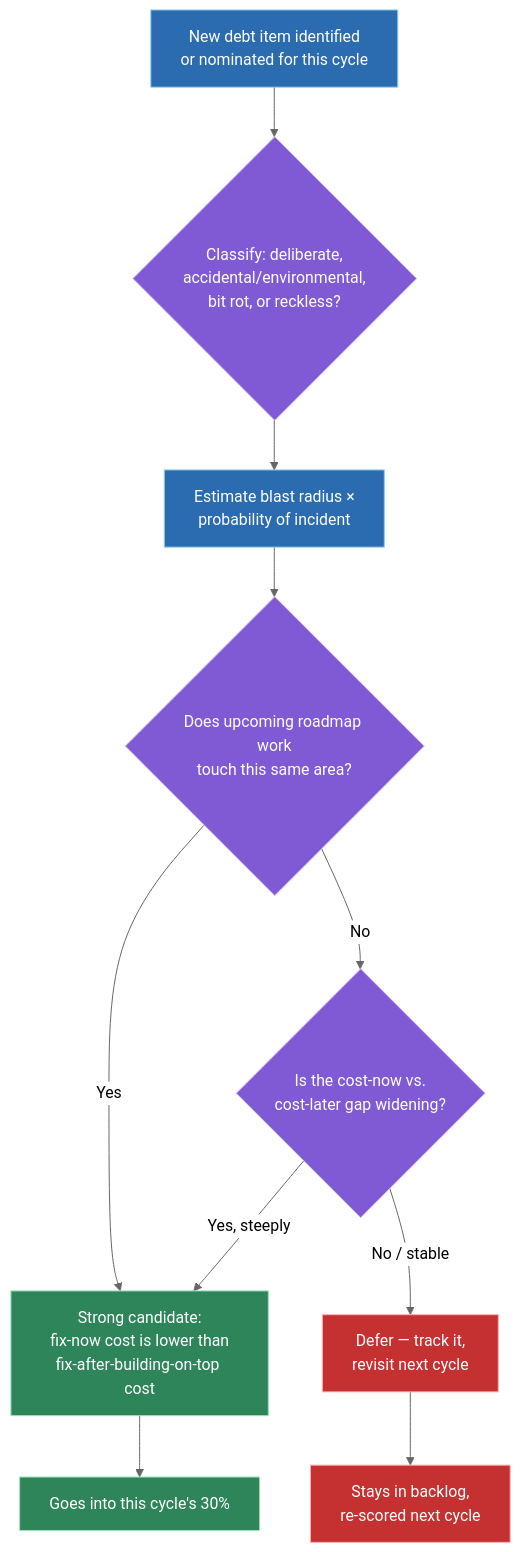
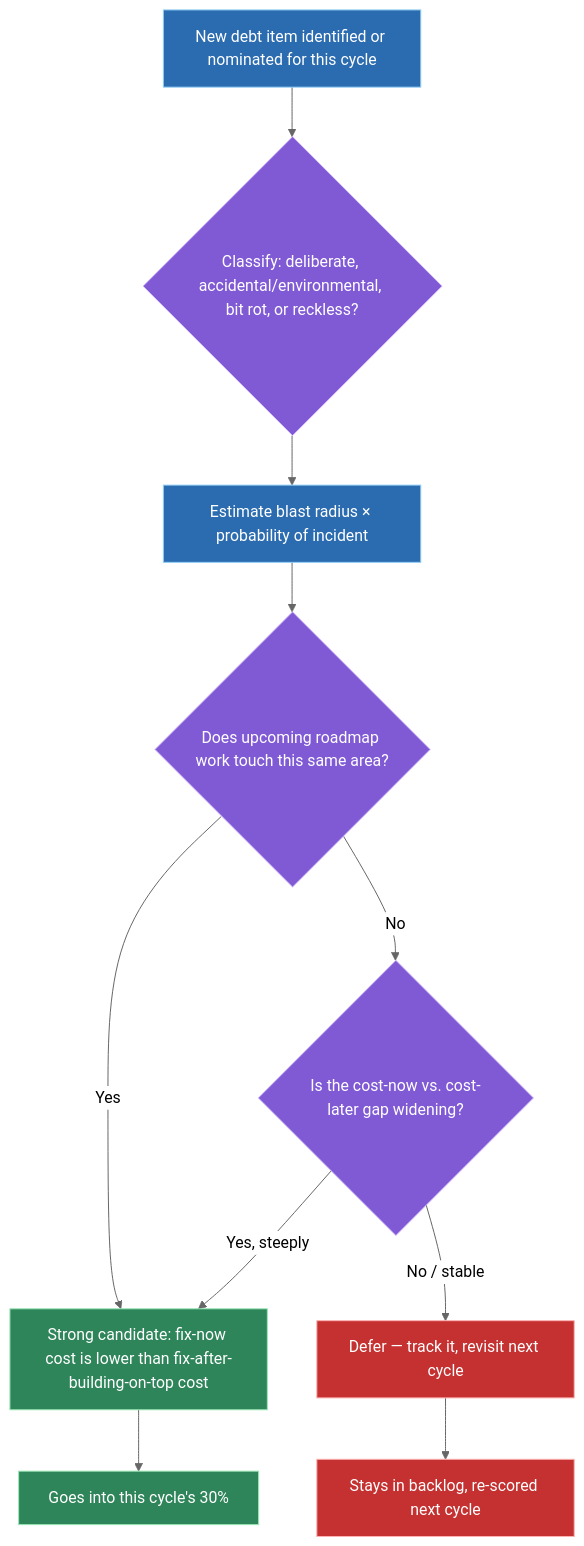
The first of 2 diagrams in data/topics/tech-debt-management.md (vinayakhumberi/litmus), drawn with Mermaid (neutral theme) before and after one commit. The commit also changed other lines of this file and 68 other files, not shown here.

````diff
--- a/data/topics/tech-debt-management.md
+++ b/data/topics/tech-debt-management.md
@@ -110,22 +110,22 @@
 ```mermaid
 graph TD
-    A["New debt item identified<br>or nominated for this cycle"] --> B{"Classify: deliberate,<br>accidental/environmental,<br>bit rot, or reckless?"}
-    B --> C["Estimate blast radius ×<br>probability of incident"]
-    C --> D{"Does upcoming roadmap work<br>touch this same area?"}
-    D -- "Yes" --> E["Strong candidate:<br>fix-now cost is lower than<br>fix-after-building-on-top cost"]
-    D -- "No" --> F{"Is the cost-now vs.<br>cost-later gap widening?"}
+    A["New debt item identified or nominated for this cycle"] --> B{"Classify: deliberate, accidental/environmental, bit rot, or reckless?"}
+    B --> C["Estimate blast radius × probability of incident"]
+    C --> D{"Does upcoming roadmap work touch this same area?"}
+    D -- "Yes" --> E["Strong candidate: fix-now cost is lower than fix-after-building-on-top cost"]
+    D -- "No" --> F{"Is the cost-now vs. cost-later gap widening?"}
     F -- "Yes, steeply" --> E
-    F -- "No / stable" --> G["Defer — track it,<br>revisit next cycle"]
+    F -- "No / stable" --> G["Defer — track it, revisit next cycle"]
     E --> H["Goes into this cycle's 30%"]
-    G --> I["Stays in backlog,<br>re-scored next cycle"]
+    G --> I["Stays in backlog, re-scored next cycle"]
 
     classDef input fill:#2b6cb0,stroke:#90cdf4,color:#fff
     classDef decision fill:#805ad5,stroke:#d6bcfa,color:#fff
     classDef defer fill:#c53030,stroke:#feb2b2,color:#fff
     classDef done fill:#2f855a,stroke:#9ae6b4,color:#fff
 
     class A,C input
     class B,D,F decision
     class G,I defer
     class E,H done
 ```
````
